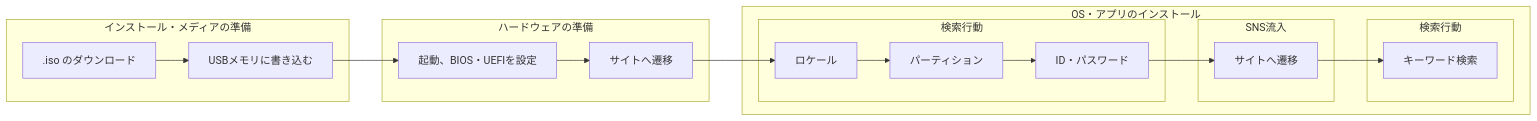
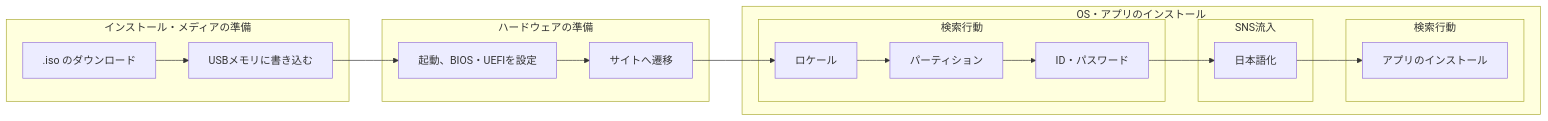
One commit to hobby-pc2026/linux-install changed the diagram in linux-install-02.md. Above: the diagram before and after it, drawn with Mermaid.

````diff
--- a/linux-install-02.md
+++ b/linux-install-02.md
@@ -3,26 +3,26 @@
 ```mermaid
 flowchart LR
     subgraph フェーズ1 [インストール・メディアの準備]
 
             A[.iso のダウンロード] --> B[USBメモリに書き込む]
     end
     subgraph フェーズ2 [ハードウェアの準備]
  
             B --> C[起動、BIOS・UEFIを設定]
 
             C --> E[サイトへ遷移]
      end
     subgraph フェーズ3 [OS・アプリのインストール]
         subgraph サブ5 [検索行動]
             E --> F[ロケール]
             F --> G[パーティション]
             G --> H[ID・パスワード] 
         end
         subgraph サブ8 [SNS流入]
-            H --> I[サイトへ遷移]
+            H --> I[日本語化]
         end
         subgraph サブ9 [検索行動]
-            I --> J[キーワード検索]
+            I --> J[アプリのインストール]
         end
     end
 ```
````
